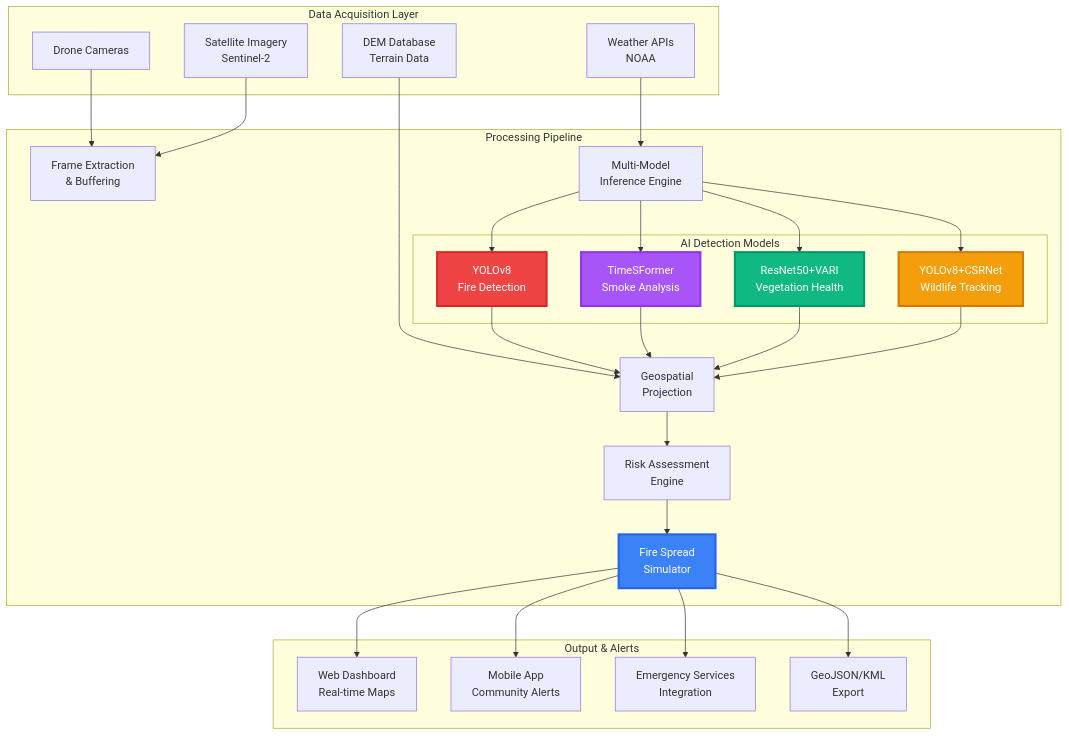
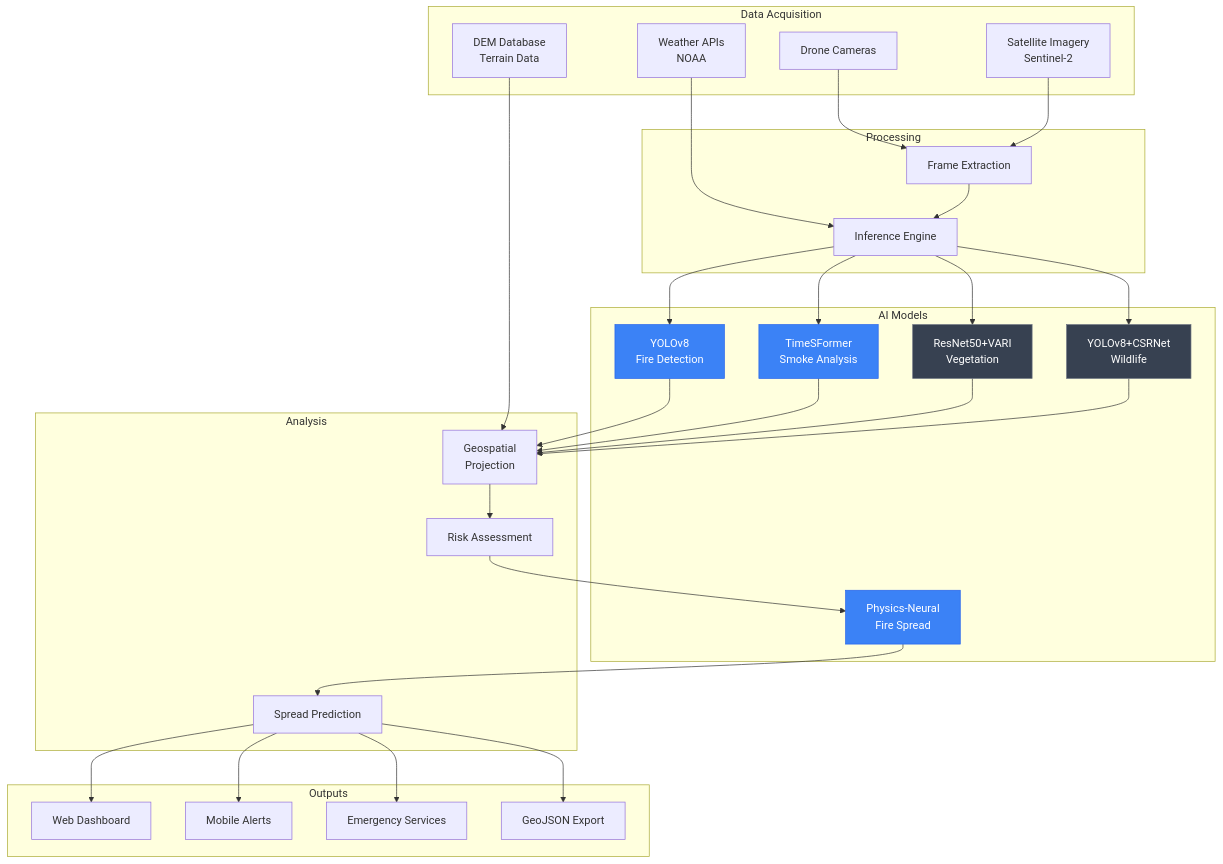
The first of 3 diagrams in projects/GUIRA/README.md (THEDIFY/THEDIFY), drawn with Mermaid before and after one commit. The commit also changed other lines of this file and 9 other files, not shown here.

````diff
--- a/projects/GUIRA/README.md
+++ b/projects/GUIRA/README.md
@@ -144,61 +102,66 @@
 ```mermaid
 graph TB
-    subgraph "Data Acquisition Layer"
+    subgraph Data Acquisition
         A1[Drone Cameras]
         A2[Satellite Imagery<br/>Sentinel-2]
         A3[Weather APIs<br/>NOAA]
         A4[DEM Database<br/>Terrain Data]
     end
     
-    subgraph "Processing Pipeline"
-        B1[Frame Extraction<br/>& Buffering]
-        B2[Multi-Model<br/>Inference Engine]
-        
-        subgraph "AI Detection Models"
-            C1[YOLOv8<br/>Fire Detection]
-            C2[TimeSFormer<br/>Smoke Analysis]
-            C3[ResNet50+VARI<br/>Vegetation Health]
-            C4[YOLOv8+CSRNet<br/>Wildlife Tracking]
-        end
-        
-        B2 --> C1
-        B2 --> C2
-        B2 --> C3
-        B2 --> C4
-        
-        D1[Geospatial<br/>Projection]
-        D2[Risk Assessment<br/>Engine]
-        D3[Fire Spread<br/>Simulator]
+    subgraph Processing
+        B1[Frame Extraction]
+        B2[Inference Engine]
     end
     
-    subgraph "Output & Alerts"
-        E1[Web Dashboard<br/>Real-time Maps]
-        E2[Mobile App<br/>Community Alerts]
-        E3[Emergency Services<br/>Integration]
-        E4[GeoJSON/KML<br/>Export]
+    subgraph AI Models
+        C1[YOLOv8<br/>Fire Detection]
+        C2[TimeSFormer<br/>Smoke Analysis]
+        C3[ResNet50+VARI<br/>Vegetation]
+        C4[YOLOv8+CSRNet<br/>Wildlife]
+        C5[Physics-Neural<br/>Fire Spread]
+    end
+    
+    subgraph Analysis
+        D1[Geospatial<br/>Projection]
+        D2[Risk Assessment]
+        D3[Spread Prediction]
+    end
+    
+    subgraph Outputs
+        E1[Web Dashboard]
+        E2[Mobile Alerts]
+        E3[Emergency Services]
+        E4[GeoJSON Export]
     end
     
     A1 --> B1
     A2 --> B1
     A3 --> B2
     A4 --> D1
     
+    B1 --> B2
+    B2 --> C1
+    B2 --> C2
+    B2 --> C3
+    B2 --> C4
+    
     C1 --> D1
     C2 --> D1
     C3 --> D1
     C4 --> D1
     
     D1 --> D2
-    D2 --> D3
+    D2 --> C5
+    C5 --> D3
     
     D3 --> E1
     D3 --> E2
     D3 --> E3
     D3 --> E4
     
-    style C1 fill:#EF4444,stroke:#DC2626,stroke-width:3px,color:#fff
-    style C2 fill:#A855F7,stroke:#9333EA,stroke-width:3px,color:#fff
-    style C3 fill:#10B981,stroke:#059669,stroke-width:3px,color:#fff
-    style C4 fill:#F59E0B,stroke:#D97706,stroke-width:3px,color:#fff
-    style D3 fill:#3B82F6,stroke:#2563EB,stroke-width:3px,color:#fff
+    style C1 fill:#3b82f6,stroke:#2563eb,color:#fff
+    style C2 fill:#3b82f6,stroke:#2563eb,color:#fff
+    style C3 fill:#374151,stroke:#6b7280,color:#fff
+    style C4 fill:#374151,stroke:#6b7280,color:#fff
+    style C5 fill:#3b82f6,stroke:#2563eb,color:#fff
 ```
````
